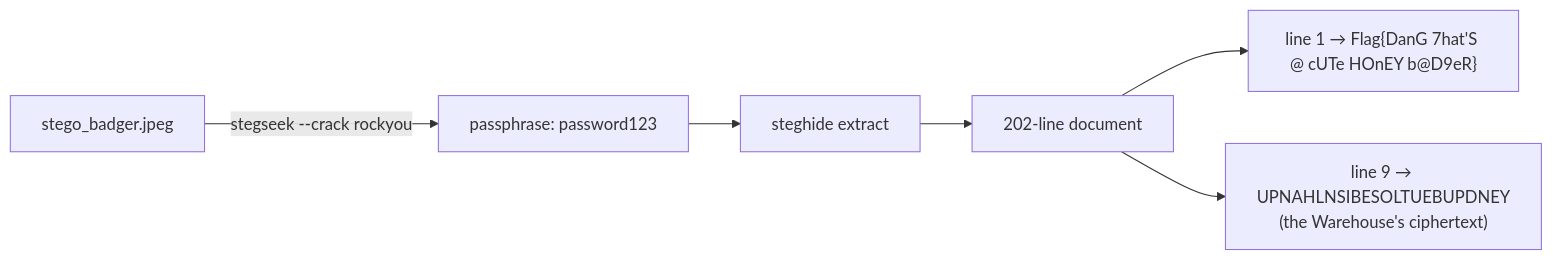
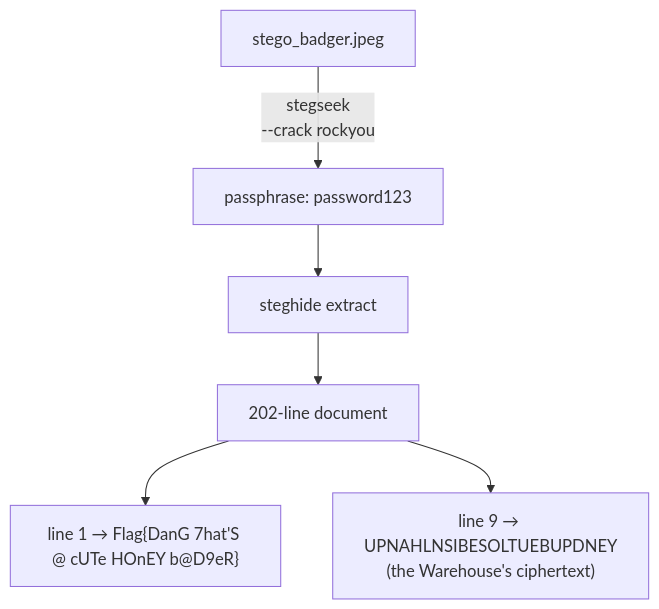
The diagram in src/content/readmes/steganography-ctf/lvl-2.md (jdtherobot/jdtherobot.github.io), drawn with Mermaid before and after one commit. The commit also changed 8 other files, not shown here.

````diff
--- a/src/content/readmes/steganography-ctf/lvl-2.md
+++ b/src/content/readmes/steganography-ctf/lvl-2.md
@@ -19,8 +19,8 @@
 ```mermaid
-flowchart LR
-  A["stego_badger.jpeg"] -->|"stegseek --crack rockyou"| P["passphrase: password123"]
+flowchart TD
+  A["stego_badger.jpeg"] -->|"stegseek<br/>--crack rockyou"| P["passphrase: password123"]
   P --> X["steghide extract"]
   X --> D["202-line document"]
   D --> L1["line 1 → Flag{DanG 7hat'S @ cUTe HOnEY b@D9eR}"]
   D --> L9["line 9 → UPNAHLNSIBESOLTUEBUPDNEY<br/>(the Warehouse's ciphertext)"]
 ```
````
